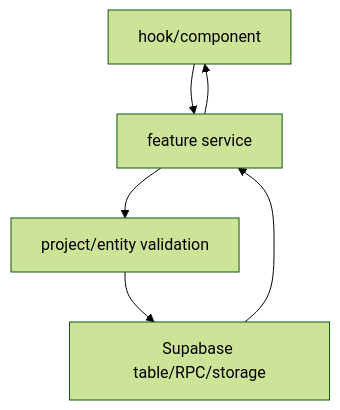
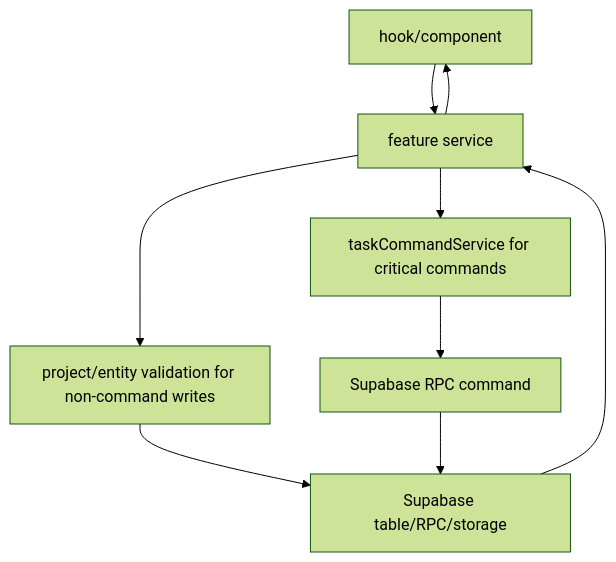
The diagram in src/features/api/CODEX.md (hannahNchan/nexuxplanner), drawn with Mermaid (forest theme) before and after one commit. The commit also changed other lines of this file and 50 other files, not shown here.

Commit message:
added roadmap with mermaid, and premium functions

````diff
--- a/src/features/api/CODEX.md
+++ b/src/features/api/CODEX.md
@@ -21,8 +25,11 @@
 ```mermaid
 flowchart TD
   UI["hook/component"] --> S["feature service"]
-  S --> V["project/entity validation"]
+  S --> C["taskCommandService for critical commands"]
+  C --> R["Supabase RPC command"]
+  S --> V["project/entity validation for non-command writes"]
   V --> DB["Supabase table/RPC/storage"]
+  R --> DB
   DB --> S
   S --> UI
 ```
````
